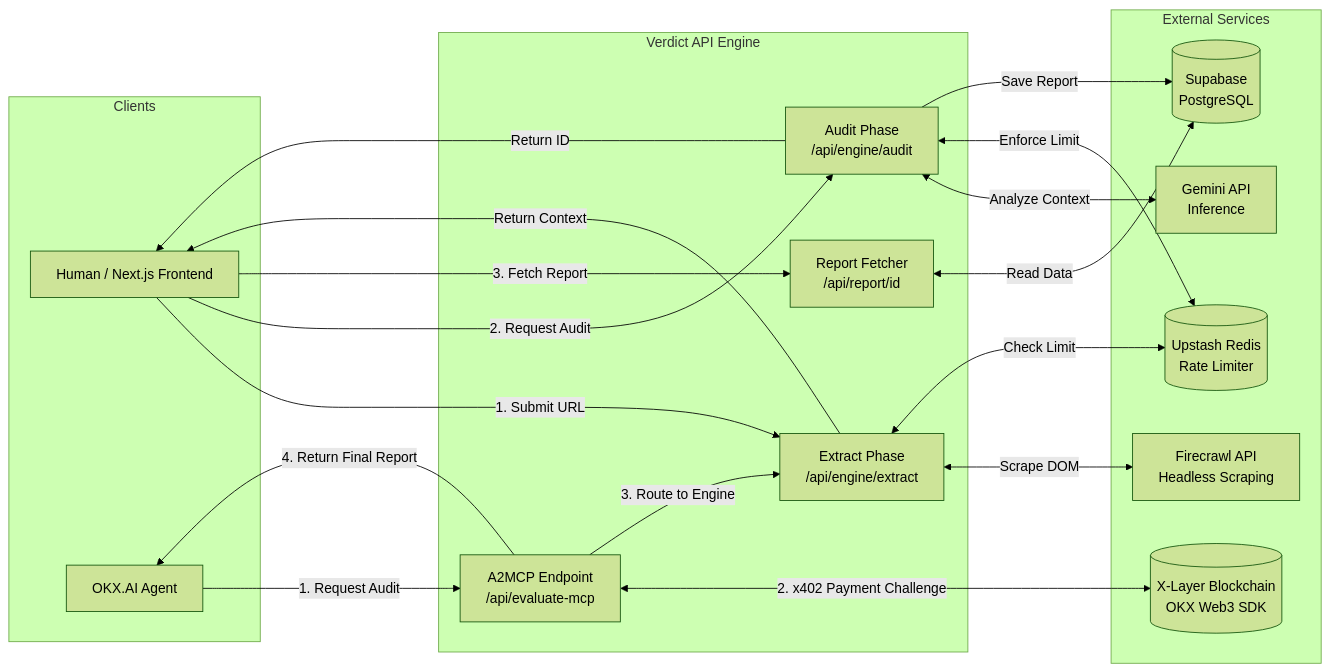
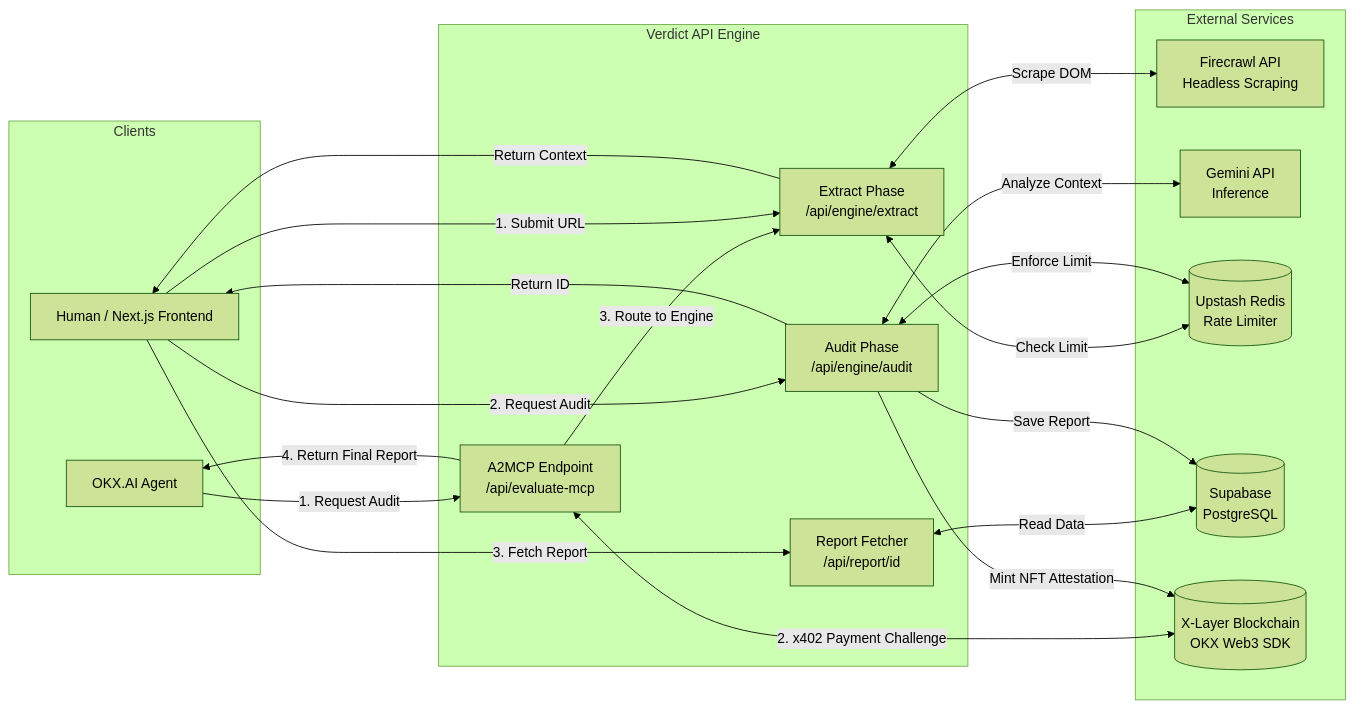
One commit to eugenennamdi/verdict changed the diagram in README.md. Above: the diagram before and after it, drawn with Mermaid (forest theme).

Commit message:
docs: updating architecture diagram

````diff
--- a/README.md
+++ b/README.md
@@ -80,44 +80,45 @@
 ```mermaid
 flowchart LR
   subgraph Clients
     A[Human / Next.js Frontend]
     Agent[OKX.AI Agent]
   end
 
   subgraph Verdict API Engine
     H[A2MCP Endpoint<br/>/api/evaluate-mcp]
     B[Extract Phase<br/>/api/engine/extract]
     C[Audit Phase<br/>/api/engine/audit]
     I[Report Fetcher<br/>/api/report/id]
   end
 
   subgraph External Services
     D[Firecrawl API<br/>Headless Scraping]
     E[Gemini API<br/>Inference]
     F[(Upstash Redis<br/>Rate Limiter)]
     G[(Supabase<br/>PostgreSQL)]
     J[(X-Layer Blockchain<br/>OKX Web3 SDK)]
   end
 
   %% Agent Flow (A2MCP)
   Agent -->|1. Request Audit| H
   H <-->|2. x402 Payment Challenge| J
   H -->|3. Route to Engine| B
   H -->|4. Return Final Report| Agent
 
   %% Human Flow
   A -->|1. Submit URL| B
   A -->|2. Request Audit| C
   A -->|3. Fetch Report| I
   
   %% Internal Data Flow
   I <-->|Read Data| G
   B <-->|Scrape DOM| D
   B <-->|Check Limit| F
   B -->|Return Context| A
   
   C <-->|Analyze Context| E
   C <-->|Enforce Limit| F
   C -->|Save Report| G
+  C -->|Mint NFT Attestation| J
   C -->|Return ID| A
 ```
````
